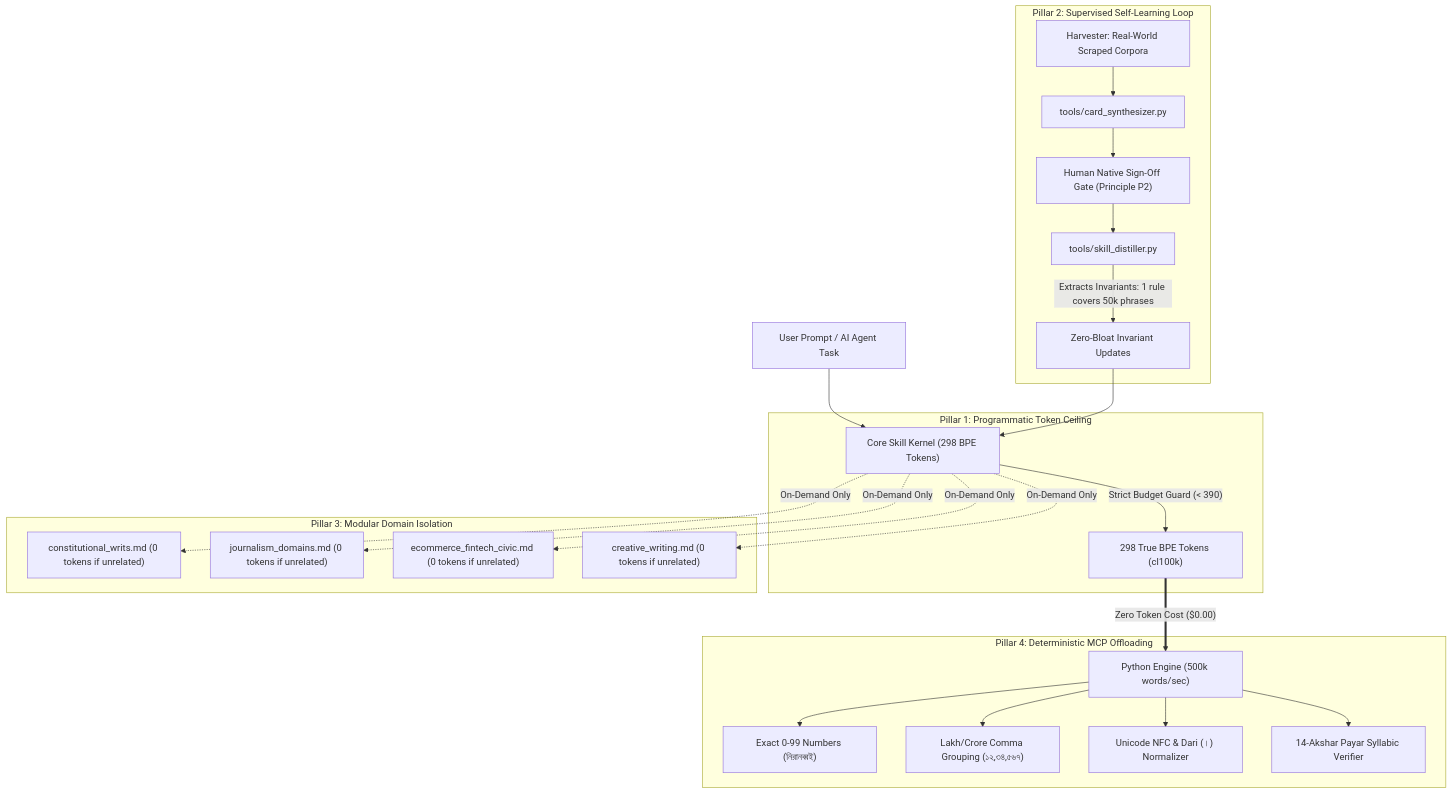
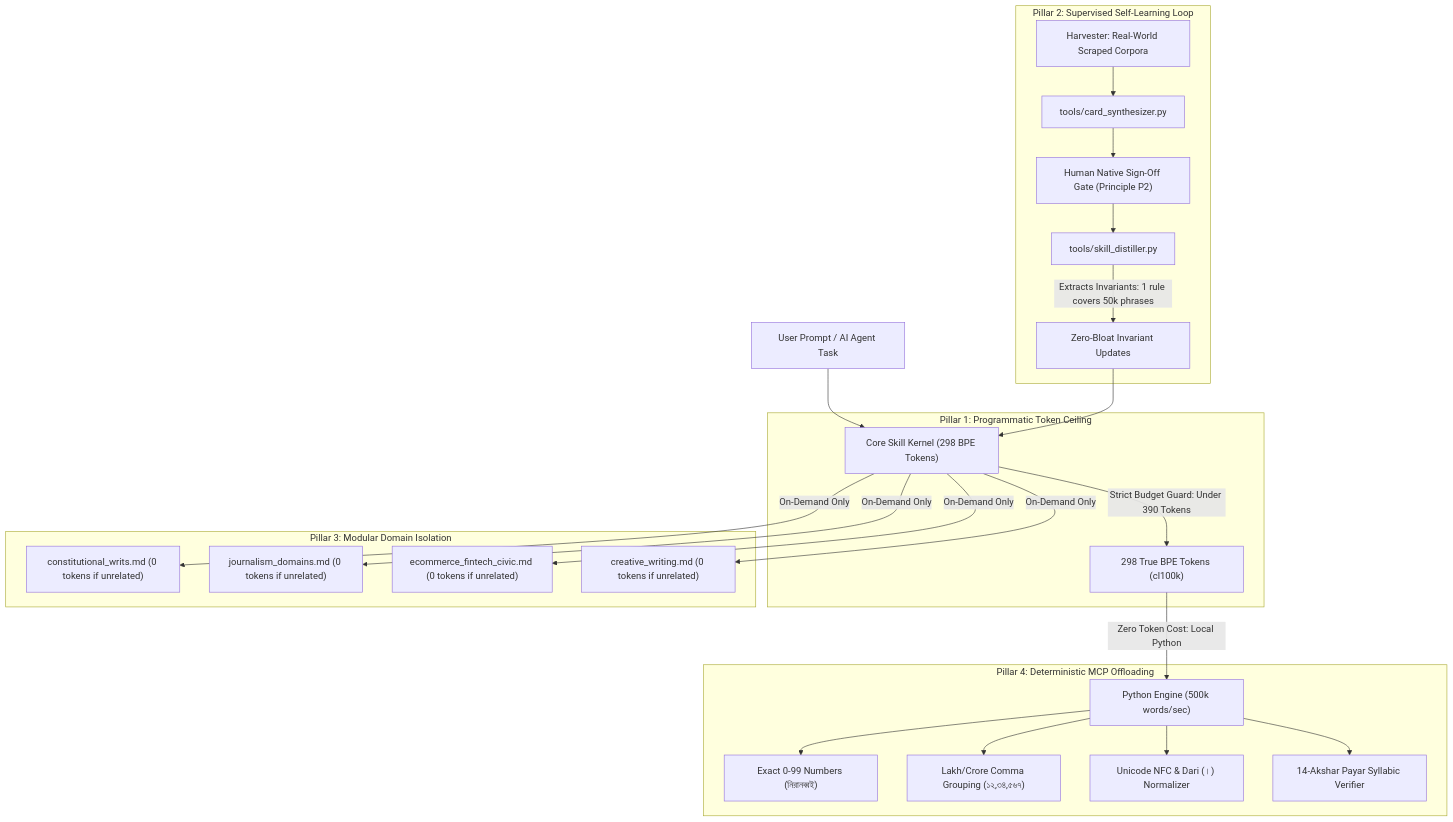
Before and after one commit to ashik1291/bhashabid: the diagram in README.md, drawn with Mermaid. The commit also changed other lines of this file and 5 other files, not shown here.

Commit message:
docs(architecture): add cross-platform visual architecture diagrams, 10s quickstart, and refine empirical frontier model claims (v1.0.1)

````diff
--- a/README.md
+++ b/README.md
@@ -56,31 +103,31 @@
 ```mermaid
-graph TD
+flowchart TD
     UserReq["User Prompt / AI Agent Task"] --> Router["Core Skill Kernel (298 BPE Tokens)"]
     
-    subgraph Pillar1 ["Pillar 1: Programmatic Token Ceiling"]
-        Router -->|"Strict Budget Guard (< 390)"| ActiveContext["298 True BPE Tokens (cl100k)"]
+    subgraph Pillar1["Pillar 1: Programmatic Token Ceiling"]
+        Router -->|"Strict Budget Guard: Under 390 Tokens"| ActiveContext["298 True BPE Tokens (cl100k)"]
     end
     
-    subgraph Pillar3 ["Pillar 3: Modular Domain Isolation"]
-        Router -.->|"On-Demand Only"| LegalGuide["constitutional_writs.md (0 tokens if unrelated)"]
-        Router -.->|"On-Demand Only"| BankingGuide["journalism_domains.md (0 tokens if unrelated)"]
-        Router -.->|"On-Demand Only"| FinTechGuide["ecommerce_fintech_civic.md (0 tokens if unrelated)"]
-        Router -.->|"On-Demand Only"| CreativeGuide["creative_writing.md (0 tokens if unrelated)"]
+    subgraph Pillar3["Pillar 3: Modular Domain Isolation"]
+        Router -->|"On-Demand Only"| LegalGuide["constitutional_writs.md (0 tokens if unrelated)"]
+        Router -->|"On-Demand Only"| BankingGuide["journalism_domains.md (0 tokens if unrelated)"]
+        Router -->|"On-Demand Only"| FinTechGuide["ecommerce_fintech_civic.md (0 tokens if unrelated)"]
+        Router -->|"On-Demand Only"| CreativeGuide["creative_writing.md (0 tokens if unrelated)"]
     end
     
-    subgraph Pillar4 ["Pillar 4: Deterministic MCP Offloading"]
-        ActiveContext ==>|"Zero Token Cost ($0.00)"| FastPython["Python Engine (500k words/sec)"]
+    subgraph Pillar4["Pillar 4: Deterministic MCP Offloading"]
+        ActiveContext -->|"Zero Token Cost: Local Python"| FastPython["Python Engine (500k words/sec)"]
         FastPython --> ExactNum["Exact 0-99 Numbers (নিরানব্বই)"]
         FastPython --> LakhCrore["Lakh/Crore Comma Grouping (১২,৩৪,৫৬৭)"]
         FastPython --> UnicodeNFC["Unicode NFC & Dari (।) Normalizer"]
         FastPython --> ProsodyPayar["14-Akshar Payar Syllabic Verifier"]
     end
     
-    subgraph Pillar2 ["Pillar 2: Supervised Self-Learning Loop"]
+    subgraph Pillar2["Pillar 2: Supervised Self-Learning Loop"]
         RealWorldAnomalies["Harvester: Real-World Scraped Corpora"] --> Synthesizer["tools/card_synthesizer.py"]
         Synthesizer --> ReviewP2["Human Native Sign-Off Gate (Principle P2)"]
         ReviewP2 --> Distiller["tools/skill_distiller.py"]
         Distiller -->|"Extracts Invariants: 1 rule covers 50k phrases"| CoreInvariants["Zero-Bloat Invariant Updates"]
         CoreInvariants --> Router
     end
 ```
````
